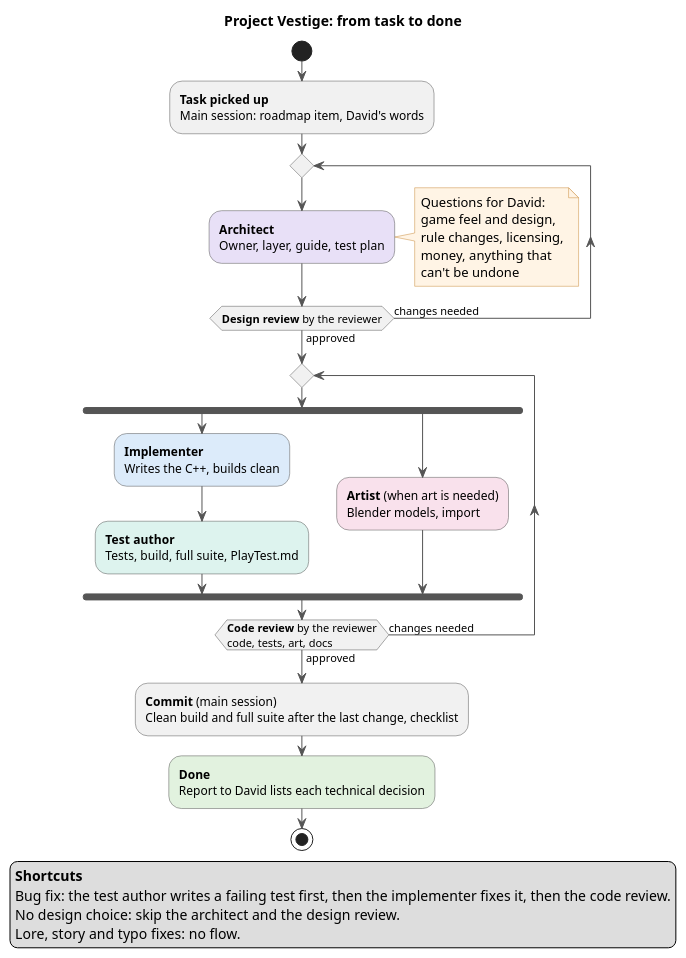
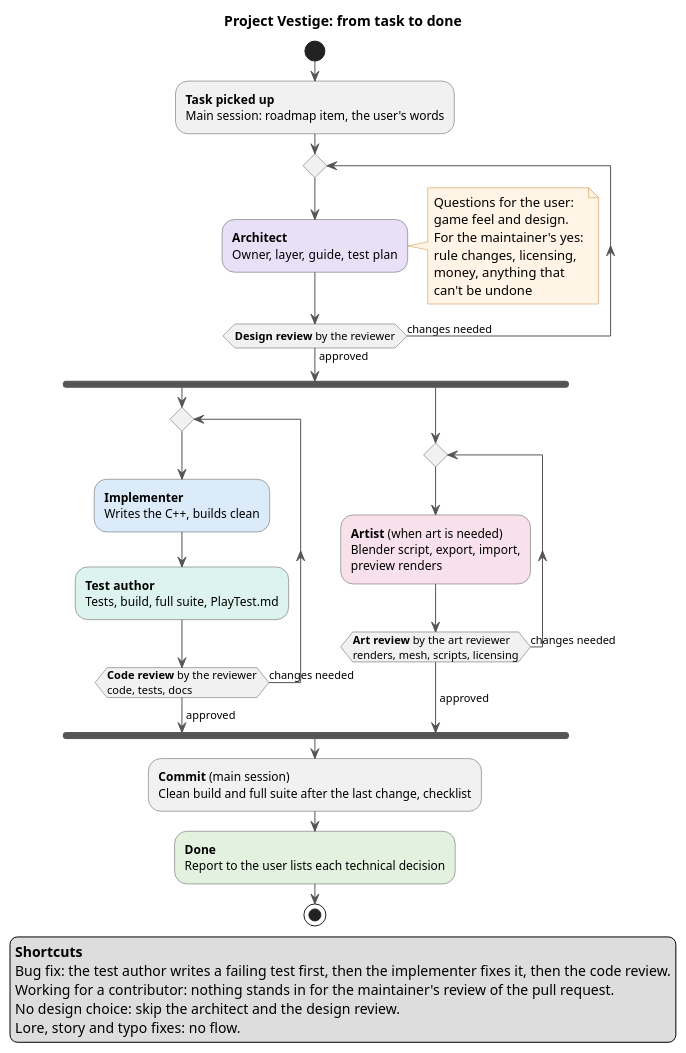
The diagram in .claude/agent-flow.puml (DunderGG/ProjectVestige), drawn with PlantUML before and after one commit. The commit also changed 8 other files, not shown here.

First line of the commit message:
Give art its own reviewer, a technical artist

```diff
--- a/.claude/agent-flow.puml
+++ b/.claude/agent-flow.puml
@@ -1,54 +1,63 @@
 @startuml agent-flow
 ' Project Vestige agent flow. The rules behind it are in AGENTS.md, "How work is done".
 ' Render: right-click in VS Code > Preview Current Diagram (PlantUML extension), or
 ' java -jar plantuml.jar -tpng .claude/agent-flow.puml
 skinparam shadowing false
 skinparam defaultFontName Segoe UI
 skinparam ActivityBorderColor #555555
 skinparam ArrowColor #555555
 skinparam NoteBackgroundColor #FFF4E5
 skinparam NoteBorderColor #C98A3A
 
 title Project Vestige: from task to done
 
 start
 :**Task picked up**
-Main session: roadmap item, David's words;
+Main session: roadmap item, the user's words;
 
 repeat
   #E8E0F7:**Architect**
   Owner, layer, guide, test plan;
   note right
-    Questions for David:
-    game feel and design,
+    Questions for the user:
+    game feel and design.
+    For the maintainer's yes:
     rule changes, licensing,
     money, anything that
     can't be undone
   end note
 repeat while (**Design review** by the reviewer) is (changes needed) not (approved)
 
-repeat
-  fork
+fork
+  repeat
     #DCEBFA:**Implementer**
     Writes the C++, builds clean;
     #DDF3EE:**Test author**
     Tests, build, full suite, PlayTest.md;
-  fork again
+  repeat while (**Code review** by the reviewer
+code, tests, docs) is (changes needed)
+  ->approved;
+fork again
+  repeat
     #F9E1EC:**Artist** (when art is needed)
-    Blender models, import;
-  end fork
-repeat while (**Code review** by the reviewer\ncode, tests, art, docs) is (changes needed) not (approved)
+    Blender script, export, import,
+    preview renders;
+  repeat while (**Art review** by the art reviewer
+renders, mesh, scripts, licensing) is (changes needed)
+  ->approved;
+end fork
 
 :**Commit** (main session)
 Clean build and full suite after the last change, checklist;
 #E2F2DF:**Done**
-Report to David lists each technical decision;
+Report to the user lists each technical decision;
 stop
 
 legend bottom left
   **Shortcuts**
   Bug fix: the test author writes a failing test first, then the implementer fixes it, then the code review.
+  Working for a contributor: nothing stands in for the maintainer's review of the pull request.
   No design choice: skip the architect and the design review.
   Lore, story and typo fixes: no flow.
 endlegend
 @enduml
```
